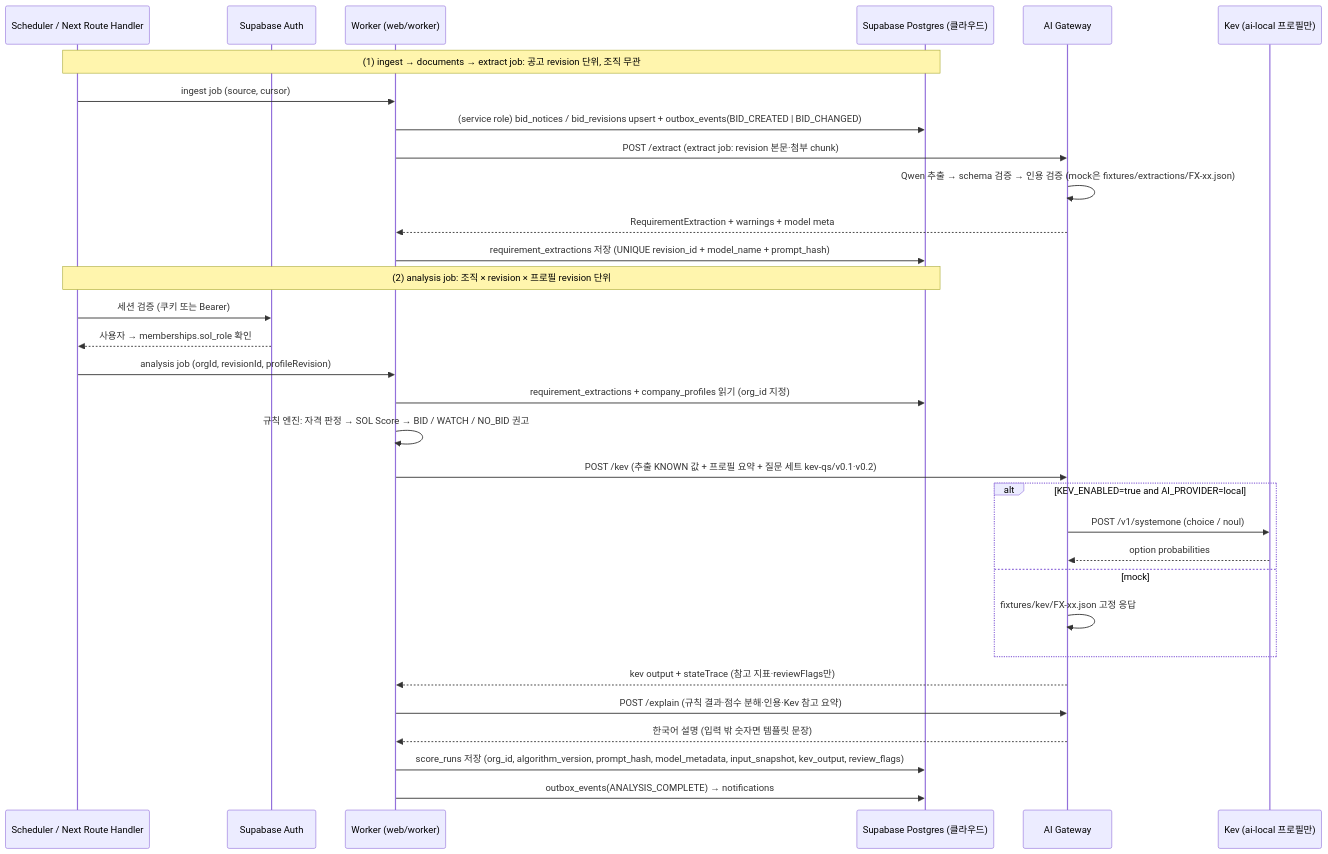
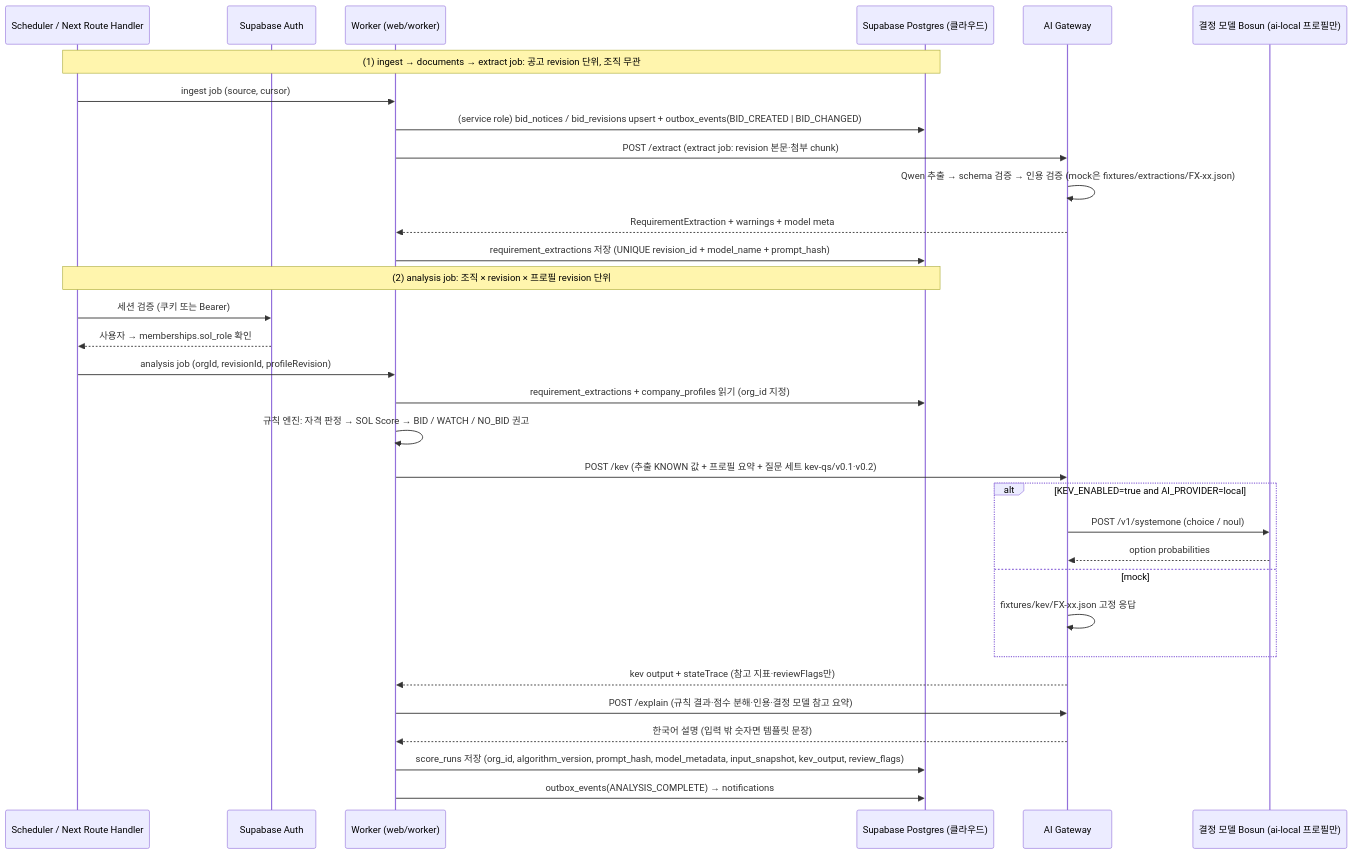
The second of 3 diagrams in docs/02-ARCHITECTURE.md (solideoai/sol-radar), drawn with Mermaid before and after one commit. The commit also changed other lines of this file and 38 other files, not shown here.

````diff
--- a/docs/02-ARCHITECTURE.md
+++ b/docs/02-ARCHITECTURE.md
@@ -87,34 +88,34 @@
 ```mermaid
 sequenceDiagram
  participant S as Scheduler / Next Route Handler
  participant SA as Supabase Auth
  participant W as Worker (web/worker)
  participant P as Supabase Postgres (클라우드)
  participant A as AI Gateway
- participant K as Kev (ai-local 프로필만)
+ participant K as 결정 모델 Bosun (ai-local 프로필만)
  Note over S,P: (1) ingest → documents → extract job: 공고 revision 단위, 조직 무관
  S->>W: ingest job (source, cursor)
  W->>P: (service role) bid_notices / bid_revisions upsert + outbox_events(BID_CREATED | BID_CHANGED)
  W->>A: POST /extract (extract job: revision 본문·첨부 chunk)
  A->>A: Qwen 추출 → schema 검증 → 인용 검증 (mock은 fixtures/extractions/FX-xx.json)
  A-->>W: RequirementExtraction + warnings + model meta
  W->>P: requirement_extractions 저장 (UNIQUE revision_id + model_name + prompt_hash)
  Note over S,P: (2) analysis job: 조직 × revision × 프로필 revision 단위
  S->>SA: 세션 검증 (쿠키 또는 Bearer)
  SA-->>S: 사용자 → memberships.sol_role 확인
  S->>W: analysis job (orgId, revisionId, profileRevision)
  W->>P: requirement_extractions + company_profiles 읽기 (org_id 지정)
  W->>W: 규칙 엔진: 자격 판정 → SOL Score → BID / WATCH / NO_BID 권고
  W->>A: POST /kev (추출 KNOWN 값 + 프로필 요약 + 질문 세트 kev-qs/v0.1·v0.2)
  alt KEV_ENABLED=true and AI_PROVIDER=local
   A->>K: POST /v1/systemone (choice / noul)
   K-->>A: option probabilities
  else mock
   A->>A: fixtures/kev/FX-xx.json 고정 응답
  end
  A-->>W: kev output + stateTrace (참고 지표·reviewFlags만)
- W->>A: POST /explain (규칙 결과·점수 분해·인용·Kev 참고 요약)
+ W->>A: POST /explain (규칙 결과·점수 분해·인용·결정 모델 참고 요약)
  A-->>W: 한국어 설명 (입력 밖 숫자면 템플릿 문장)
  W->>P: score_runs 저장 (org_id, algorithm_version, prompt_hash, model_metadata, input_snapshot, kev_output, review_flags)
  W->>P: outbox_events(ANALYSIS_COMPLETE) → notifications
 ```
````
